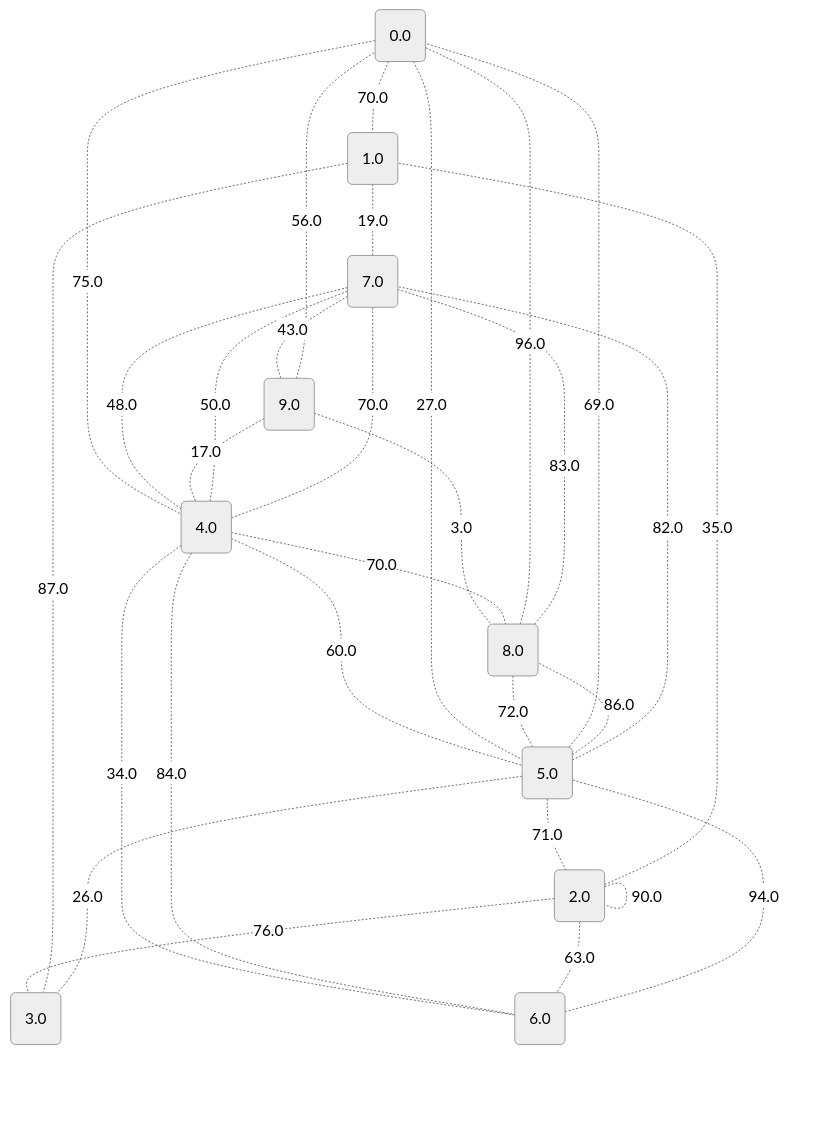
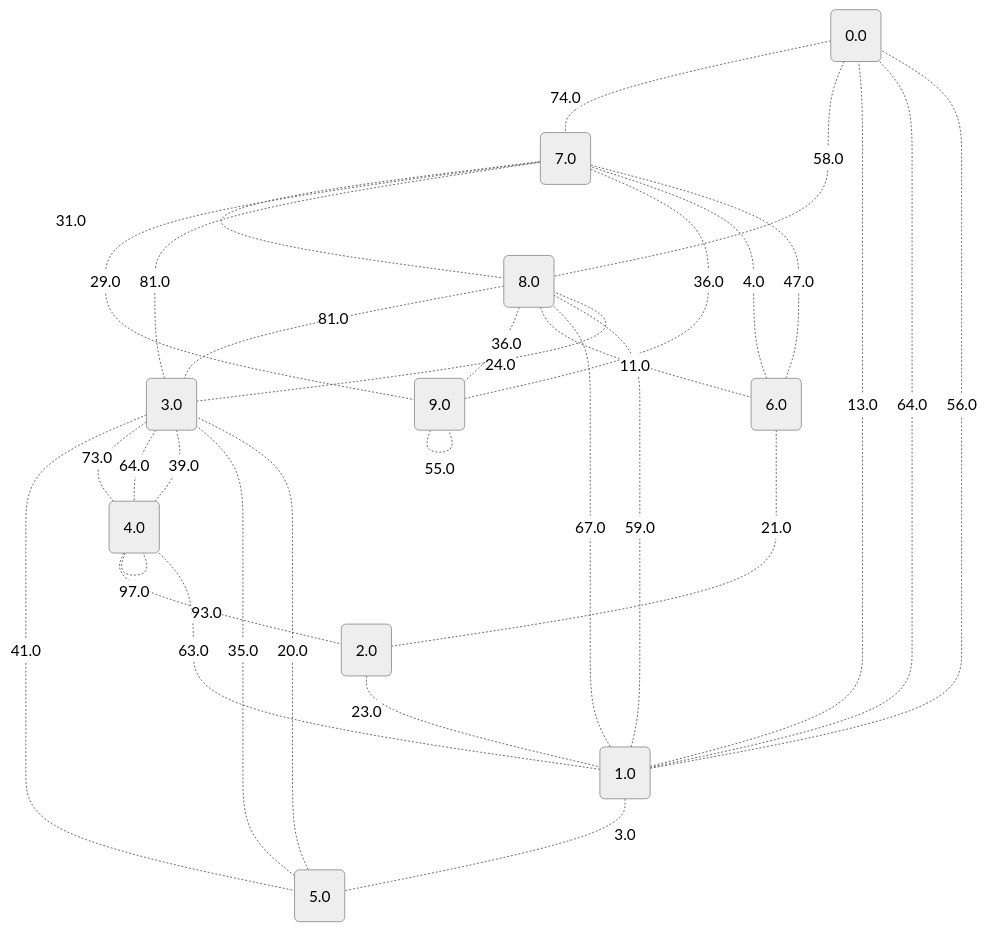
One commit to metury/graphs changed the second of 11 diagrams in project/src/testing/showcase/dijkstra.md. Above: the diagram before and after it, drawn with Mermaid (neutral theme). The commit also changed other lines of this file and 33 other files, not shown here.

````diff
--- a/project/src/testing/showcase/dijkstra.md
+++ b/project/src/testing/showcase/dijkstra.md
@@ -53,43 +53,43 @@
 ```mermaid
 graph TD;
 	0("0.0");
 	1("1.0");
 	2("2.0");
 	3("3.0");
 	4("4.0");
 	5("5.0");
 	6("6.0");
 	7("7.0");
 	8("8.0");
 	9("9.0");
-	6 -. "94.0" -.- 5;
-	4 -. "34.0" -.- 6;
-	2 -. "76.0" -.- 3;
-	4 -. "84.0" -.- 6;
-	4 -. "50.0" -.- 7;
-	7 -. "43.0" -.- 9;
-	4 -. "60.0" -.- 5;
-	0 -. "70.0" -.- 1;
-	0 -. "75.0" -.- 4;
-	5 -. "71.0" -.- 2;
-	2 -. "25.0" -.- 2;
-	1 -. "87.0" -.- 3;
-	2 -. "35.0" -.- 1;
-	9 -. "3.0" -.- 8;
-	8 -. "96.0" -.- 0;
-	4 -. "70.0" -.- 7;
-	2 -. "63.0" -.- 6;
-	8 -. "83.0" -.- 7;
-	5 -. "26.0" -.- 3;
-	7 -. "48.0" -.- 4;
-	1 -. "19.0" -.- 7;
-	0 -. "27.0" -.- 5;
-	8 -. "72.0" -.- 5;
-	9 -. "56.0" -.- 0;
-	5 -. "69.0" -.- 0;
-	9 -. "17.0" -.- 4;
-	4 -. "70.0" -.- 8;
-	2 -. "90.0" -.- 2;
-	5 -. "86.0" -.- 8;
-	5 -. "82.0" -.- 7;
+	9 -. "55.0" -.- 9;
+	8 -. "81.0" -.- 3;
+	3 -. "81.0" -.- 7;
+	1 -. "3.0" -.- 5;
+	1 -. "13.0" -.- 0;
+	3 -. "41.0" -.- 5;
+	0 -. "74.0" -.- 7;
+	5 -. "35.0" -.- 3;
+	3 -. "73.0" -.- 4;
+	3 -. "64.0" -.- 4;
+	7 -. "31.0" -.- 8;
+	7 -. "29.0" -.- 9;
+	6 -. "4.0" -.- 7;
+	8 -. "36.0" -.- 9;
+	3 -. "39.0" -.- 4;
+	6 -. "21.0" -.- 2;
+	9 -. "36.0" -.- 7;
+	2 -. "23.0" -.- 1;
+	3 -. "24.0" -.- 8;
+	4 -. "97.0" -.- 4;
+	1 -. "63.0" -.- 4;
+	1 -. "64.0" -.- 0;
+	4 -. "93.0" -.- 2;
+	1 -. "56.0" -.- 0;
+	0 -. "58.0" -.- 8;
+	8 -. "11.0" -.- 6;
+	1 -. "59.0" -.- 8;
+	5 -. "20.0" -.- 3;
+	6 -. "47.0" -.- 7;
+	8 -. "67.0" -.- 1;
 ```
````
